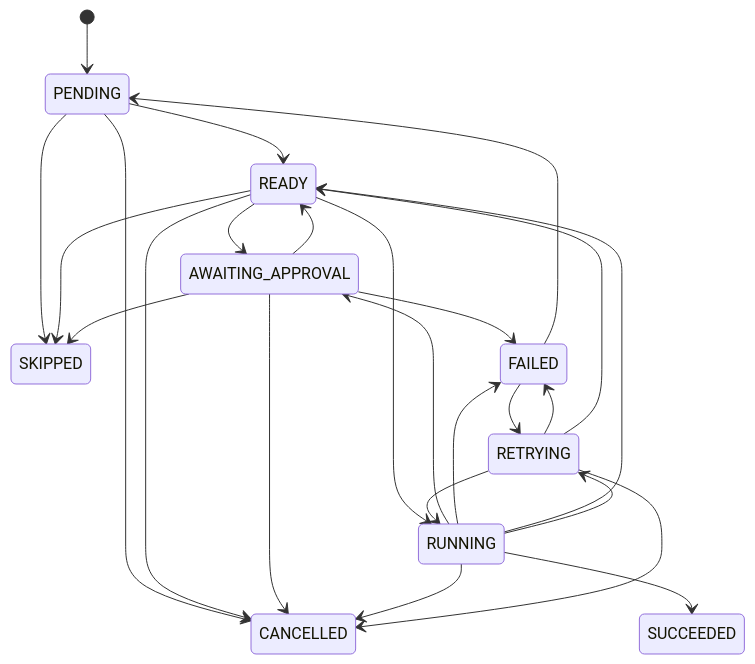
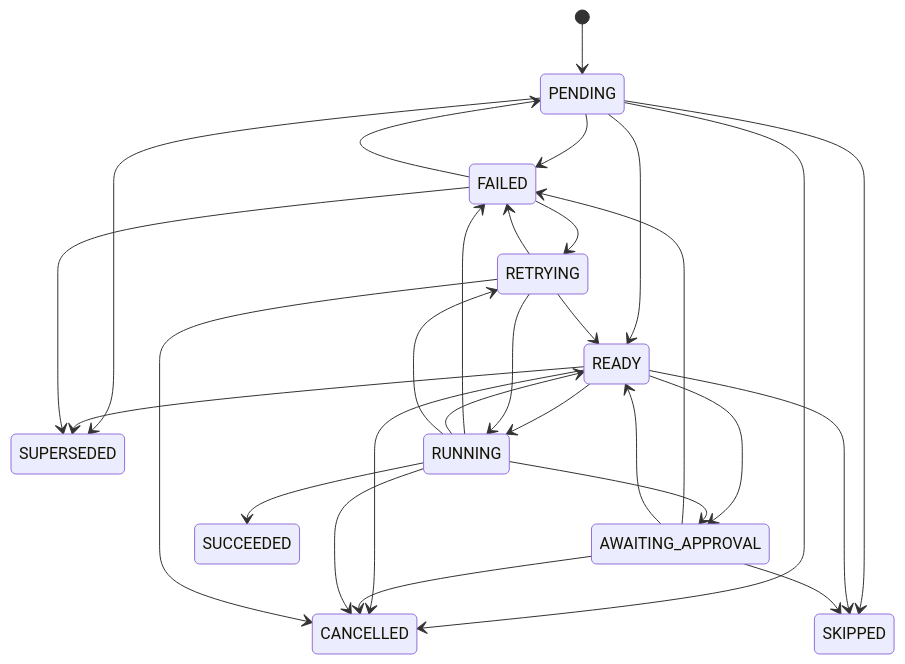
Before and after one commit to ghosttech07/AgentFlow: the second of 5 diagrams in docs/ARCHITECTURE.md, drawn with Mermaid. The commit also changed other lines of this file and 16 other files, not shown here.

Commit message:
Part 10 T4-T6: clock-free retry/expiry tests (widened windows reverted); migration 0008 (loop/branch/replan columns, task-less approvals, plan_versions, memories + FTS), REPLANNING / SUPERSEDED states + diagrams; safe condition language

````diff
--- a/docs/ARCHITECTURE.md
+++ b/docs/ARCHITECTURE.md
@@ -92,27 +101,31 @@
 ```mermaid
 stateDiagram-v2
     [*] --> PENDING
     PENDING --> CANCELLED
+    PENDING --> FAILED
     PENDING --> READY
     PENDING --> SKIPPED
+    PENDING --> SUPERSEDED
     READY --> AWAITING_APPROVAL
     READY --> CANCELLED
     READY --> RUNNING
     READY --> SKIPPED
+    READY --> SUPERSEDED
     AWAITING_APPROVAL --> CANCELLED
     AWAITING_APPROVAL --> FAILED
     AWAITING_APPROVAL --> READY
     AWAITING_APPROVAL --> SKIPPED
     RUNNING --> AWAITING_APPROVAL
     RUNNING --> CANCELLED
     RUNNING --> FAILED
     RUNNING --> READY
     RUNNING --> RETRYING
     RUNNING --> SUCCEEDED
     RETRYING --> CANCELLED
     RETRYING --> FAILED
     RETRYING --> READY
     RETRYING --> RUNNING
     FAILED --> PENDING
     FAILED --> RETRYING
+    FAILED --> SUPERSEDED
 ```
````
